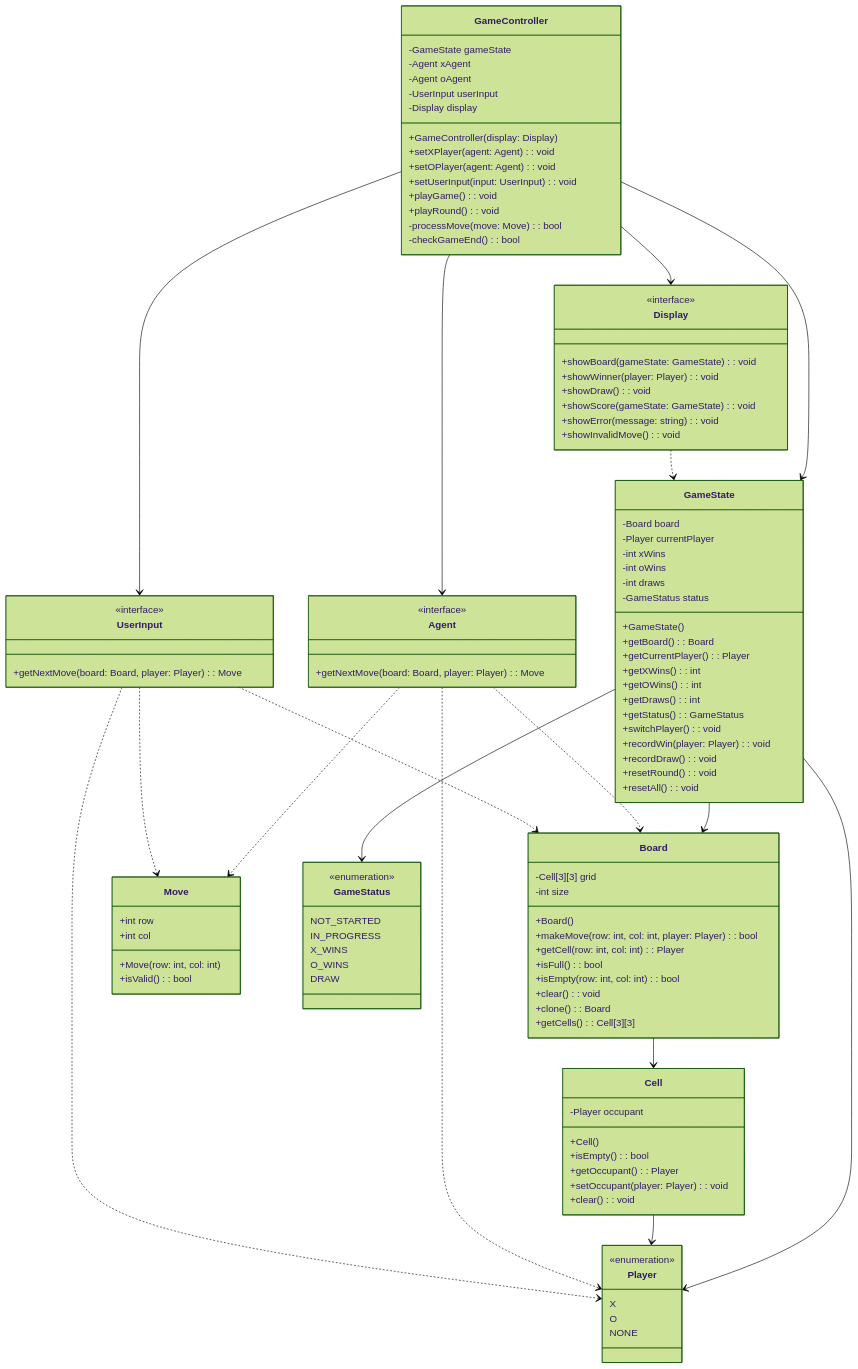
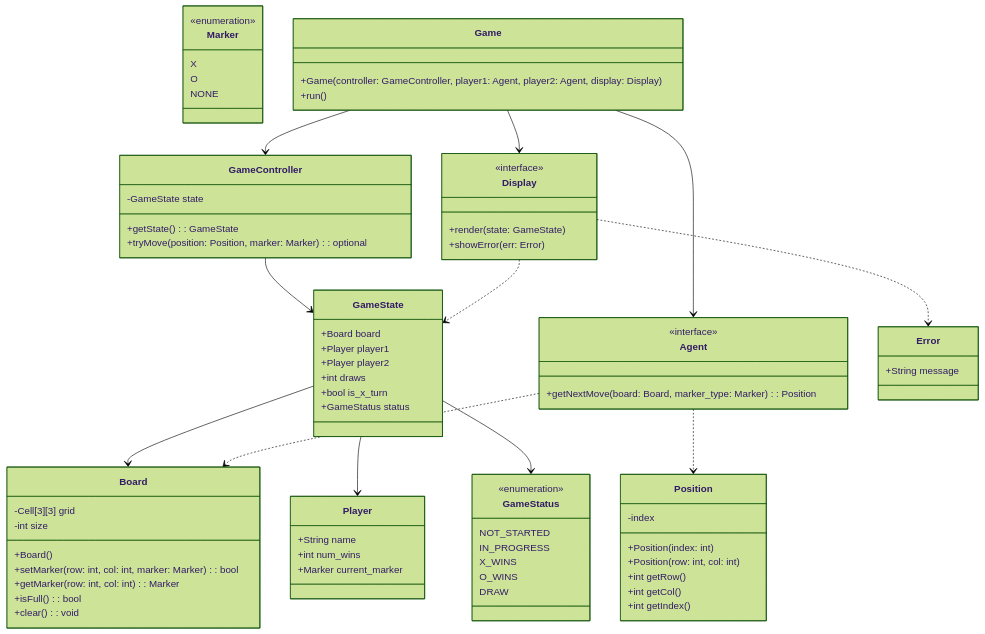
One commit to jashar86/tic-tac-toe changed the second of 15 diagrams in docs/REFERENCE_ARCHITECTURE.md. Above: the diagram before and after it, drawn with Mermaid (forest theme).

Commit message:
Reworked the components

````diff
--- a/docs/REFERENCE_ARCHITECTURE.md
+++ b/docs/REFERENCE_ARCHITECTURE.md
@@ -136,84 +136,67 @@
         -Cell[3][3] grid
         -int size
         +Board()
-        +makeMove(row: int, col: int, player: Player): bool
-        +getCell(row: int, col: int): Player
+        +setMarker(row: int, col: int, marker: Marker): bool
+        +getMarker(row: int, col: int): Marker
         +isFull(): bool
-        +isEmpty(row: int, col: int): bool
         +clear(): void
-        +clone(): Board
-        +getCells(): Cell[3][3]
+    }
+    
+    class Player {
+        +String name
+        +int num_wins
+        +Marker current_marker
     }
 
     class GameState {
-        -Board board
-        -Player currentPlayer
-        -int xWins
-        -int oWins
-        -int draws
-        -GameStatus status
-        +GameState()
-        +getBoard(): Board
-        +getCurrentPlayer(): Player
-        +getXWins(): int
-        +getOWins(): int
-        +getDraws(): int
-        +getStatus(): GameStatus
-        +switchPlayer(): void
-        +recordWin(player: Player): void
-        +recordDraw(): void
-        +resetRound(): void
-        +resetAll(): void
+        +Board board
+        +Player player1
+        +Player player2
+        +int draws
+        +bool is_x_turn
+        +GameStatus status
     }
-
+   
     class Agent {
         <<interface>>
-        +getNextMove(board: Board, player: Player): Move
-    }
-
-    class UserInput {
-        <<interface>>
-        +getNextMove(board: Board, player: Player): Move
+        +getNextMove(board: Board, marker_type: Marker): Position
     }
 
     class Display {
         <<interface>>
-        +showBoard(gameState: GameState): void
-        +showWinner(player: Player): void
-        +showDraw(): void
-        +showScore(gameState: GameState): void
-        +showError(message: string): void
-        +showInvalidMove(): void
+        +render(state: GameState)
+        +showError(err: Error)
+    }
+
+    class Error {
+        +String message
     }
 
     class GameController {
-        -GameState gameState
-        -Agent xAgent
-        -Agent oAgent
-        -UserInput userInput
-        -Display display
-        +GameController(display: Display)
-        +setXPlayer(agent: Agent): void
-        +setOPlayer(agent: Agent): void
-        +setUserInput(input: UserInput): void
-        +playGame(): void
-        +playRound(): void
-        -processMove(move: Move): bool
-        -checkGameEnd(): bool
+        -GameState state
+        +getState(): GameState
+        +tryMove(position: Position, marker: Marker): optional<Error>        
     }
 
-    class Move {
-        +int row
-        +int col
-        +Move(row: int, col: int)
-        +isValid(): bool
+    class Position {
+        -index
+        +Position(index: int)
+        +Position(row: int, col: int)
+        +int getRow()
+        +int getCol()
+        +int getIndex()
     }
 
-    class Player {
+    class Marker {
         <<enumeration>>
         X
         O
         NONE
+    }
+
+    class Game {
+        +Game(controller: GameController, player1: Agent, player2: Agent, display: Display)
+        +run()
     }
 
     class GameStatus {
@@ -225,29 +208,15 @@
         DRAW
     }
 
-    class Cell {
-        -Player occupant
-        +Cell()
-        +isEmpty(): bool
-        +getOccupant(): Player
-        +setOccupant(player: Player): void
-        +clear(): void
-    }
-
     GameState --> Board
     GameState --> Player
     GameState --> GameStatus
-    Board --> Cell
-    Cell --> Player
     GameController --> GameState
-    GameController --> Agent
-    GameController --> UserInput
-    GameController --> Display
     Agent ..> Board
-    Agent ..> Player
-    Agent ..> Move
-    UserInput ..> Board
-    UserInput ..> Player
-    UserInput ..> Move
+    Agent ..> Position
     Display ..> GameState
+    Display ..> Error
+    Game --> GameController
+    Game --> Agent
+    Game --> Display
 ```
````
